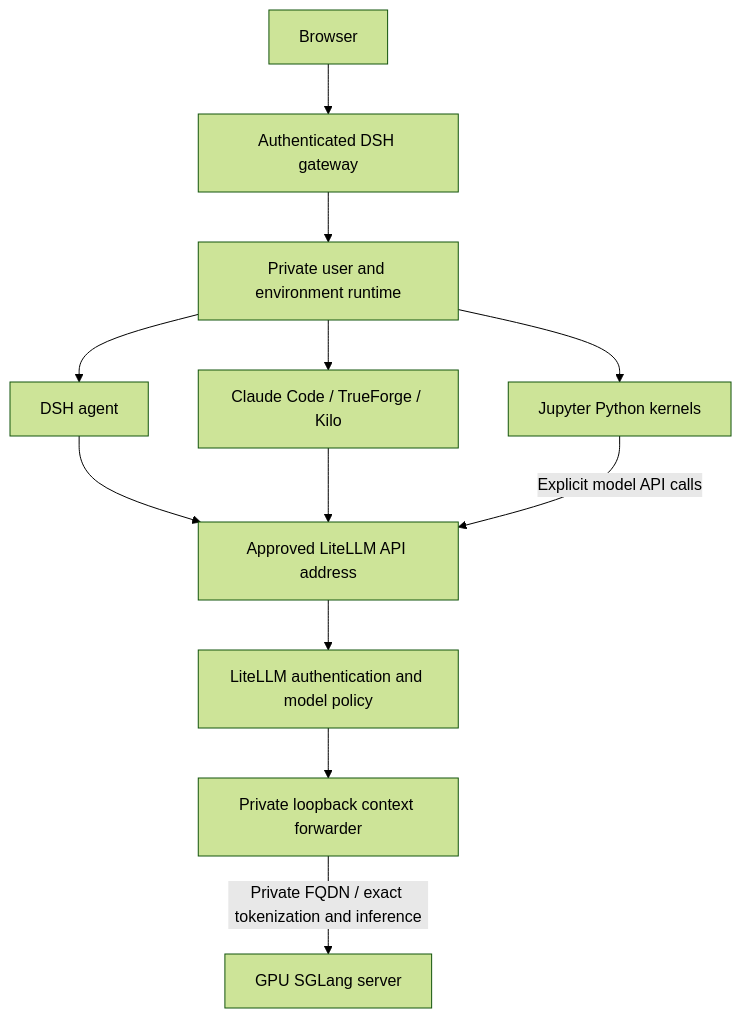
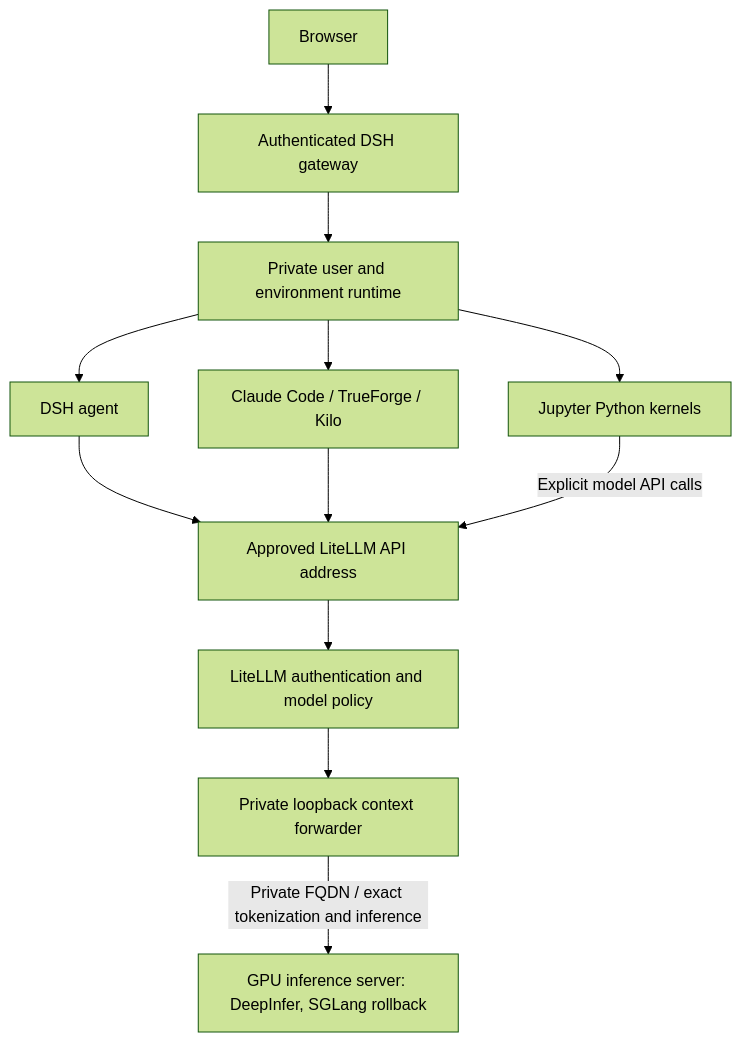
Before and after one commit to skunpoj/dsh_setup: the diagram in docs/FLEXIBLE_DEPLOYMENT.md, drawn with Mermaid (forest theme). The commit also changed other lines of this file and 46 other files, not shown here.

````diff
--- a/docs/FLEXIBLE_DEPLOYMENT.md
+++ b/docs/FLEXIBLE_DEPLOYMENT.md
@@ -14,14 +14,14 @@
 ```mermaid
 flowchart TB
   B[Browser] --> G[Authenticated DSH gateway]
   G --> U[Private user and environment runtime]
   U --> D[DSH agent]
   U --> C[Claude Code / TrueForge / Kilo]
   U --> J[Jupyter Python kernels]
   D --> A[Approved LiteLLM API address]
   C --> A
   J -->|Explicit model API calls| A
   A --> L[LiteLLM authentication and model policy]
   L --> F[Private loopback context forwarder]
-  F -->|Private FQDN / exact tokenization and inference| M[GPU SGLang server]
+  F -->|Private FQDN / exact tokenization and inference| M[GPU inference server: DeepInfer, SGLang rollback]
 ```
````
